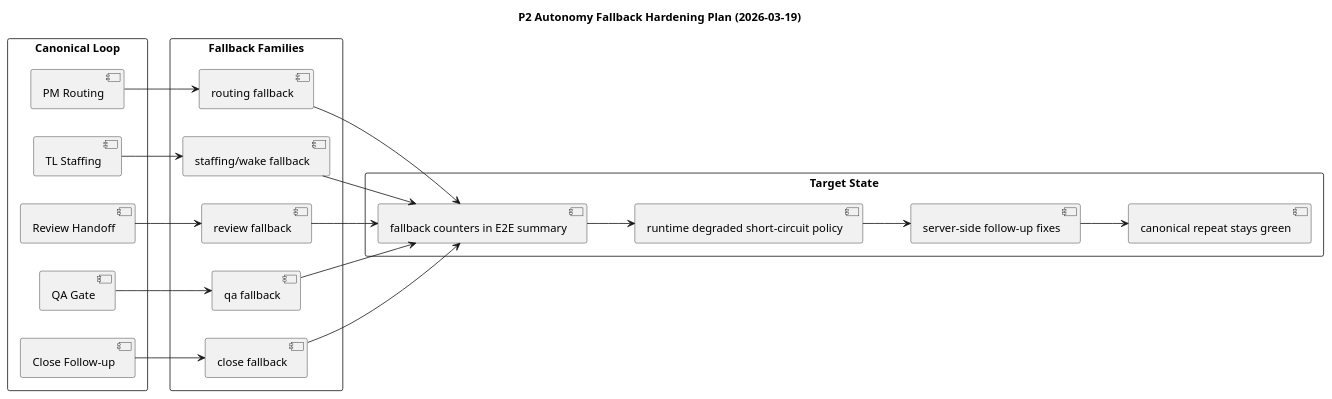
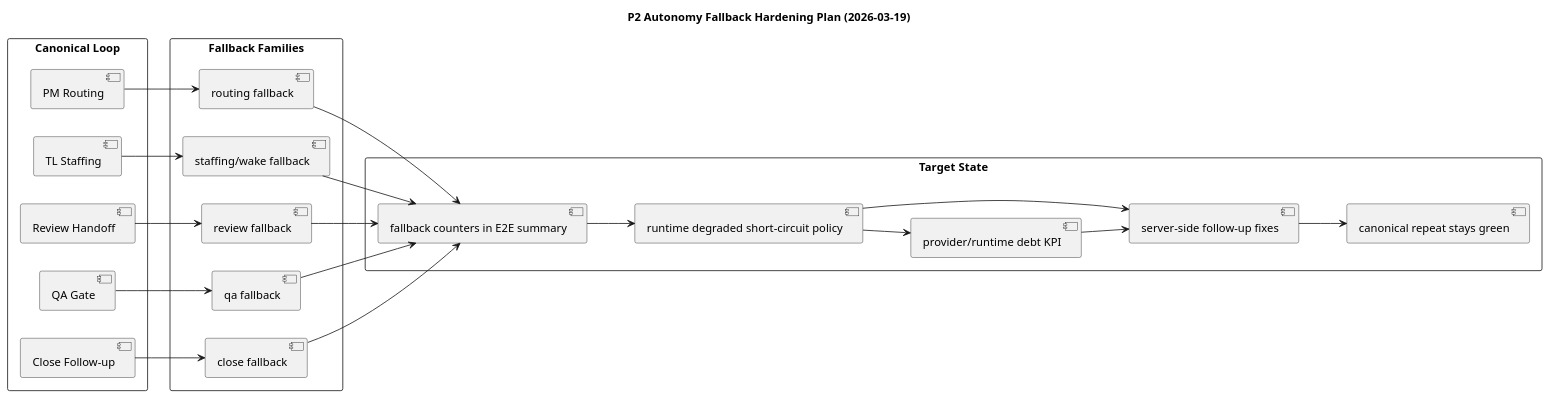
One commit to twpark-ops/squadrail changed the diagram in docs/exec-plans/active/p2-autonomy-fallback-hardening-plan-2026-03-19.puml. Above: the diagram before and after it, drawn with PlantUML. The commit also changed 4 other files, not shown here.

Commit message:
fix(reliability): track degraded runtime debt in fallback summaries

```diff
--- a/docs/exec-plans/active/p2-autonomy-fallback-hardening-plan-2026-03-19.puml
+++ b/docs/exec-plans/active/p2-autonomy-fallback-hardening-plan-2026-03-19.puml
@@ -1,45 +1,48 @@
 @startuml
 title P2 Autonomy Fallback Hardening Plan (2026-03-19)
 
 left to right direction
 skinparam packageStyle rectangle
 
 package "Canonical Loop" {
   [PM Routing] as PM
   [TL Staffing] as TL
   [Review Handoff] as Review
   [QA Gate] as QA
   [Close Follow-up] as Close
 }
 
 package "Fallback Families" {
   [routing fallback] as F1
   [staffing/wake fallback] as F2
   [review fallback] as F3
   [qa fallback] as F4
   [close fallback] as F5
 }
 
 package "Target State" {
   [fallback counters in E2E summary] as Counters
   [runtime degraded short-circuit policy] as RuntimePolicy
+  [provider/runtime debt KPI] as DebtKpi
   [server-side follow-up fixes] as ServerFix
   [canonical repeat stays green] as Green
 }
 
 PM --> F1
 TL --> F2
 Review --> F3
 QA --> F4
 Close --> F5
 
 F1 --> Counters
 F2 --> Counters
 F3 --> Counters
 F4 --> Counters
 F5 --> Counters
 
 Counters --> RuntimePolicy
+RuntimePolicy --> DebtKpi
+DebtKpi --> ServerFix
 RuntimePolicy --> ServerFix
 ServerFix --> Green
 @enduml
```
